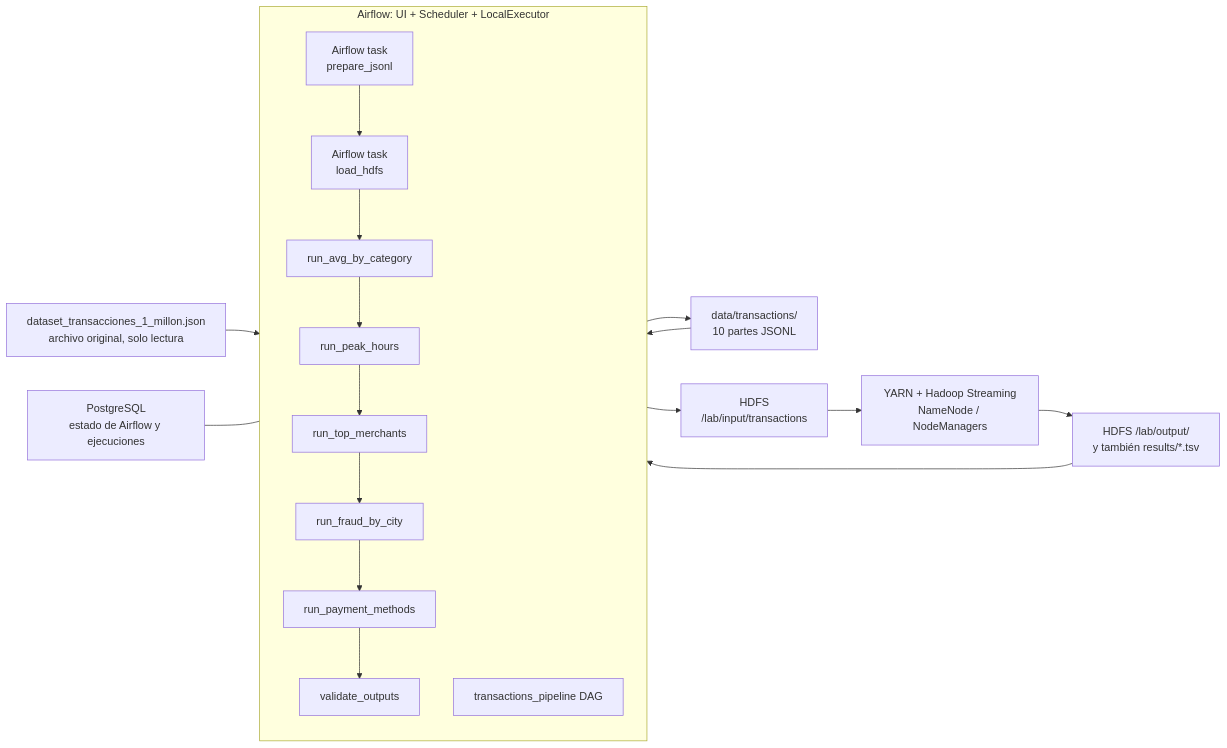
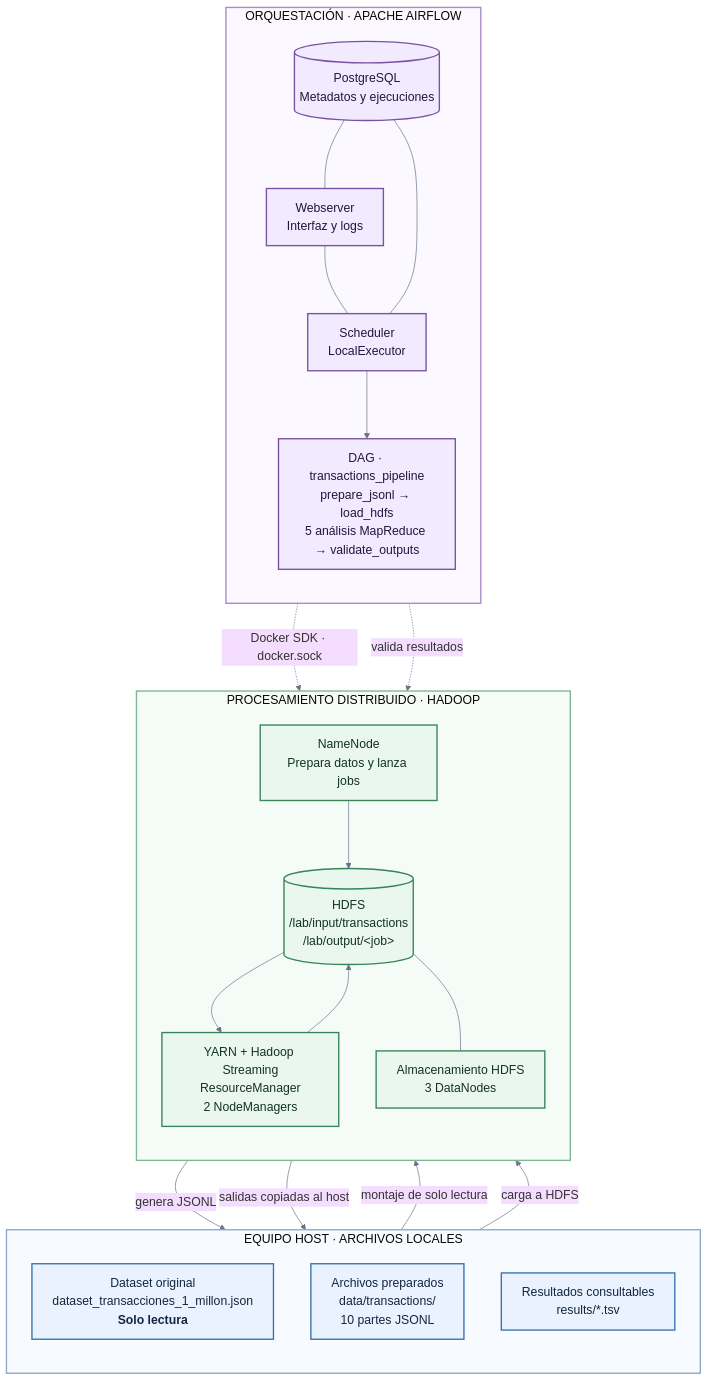
Before and after one commit to miguelherrerasantanilla800-wq/PROYECTO-HDFS-MAPREDUCE-LAB: the diagram in README.md, drawn with Mermaid. The commit also changed 1 other file, not shown here.

Commit message:
Mejora diagrama de arquitectura

````diff
--- a/README.md
+++ b/README.md
@@ -8,27 +8,51 @@
 ```mermaid
-flowchart LR
-    JSON["dataset_transacciones_1_millon.json<br/>archivo original, solo lectura"]
-    PREP["Airflow task<br/>prepare_jsonl"]
-    PARTS["data/transactions/<br/>10 partes JSONL"]
-    LOAD["Airflow task<br/>load_hdfs"]
-    HDFS["HDFS<br/>/lab/input/transactions"]
-    subgraph AIRFLOW["Airflow: UI + Scheduler + LocalExecutor"]
+%%{init: {"theme":"base","themeVariables":{"fontSize":"18px","fontFamily":"Arial","lineColor":"#64748b"},"flowchart":{"htmlLabels":true,"nodeSpacing":55,"rankSpacing":75,"curve":"basis"}}}%%
+flowchart TB
+    subgraph HOST["EQUIPO HOST · ARCHIVOS LOCALES"]
         direction TB
-        DAG["transactions_pipeline DAG"]
-        PREP --> LOAD
-        LOAD --> J1["run_avg_by_category"]
-        J1 --> J2["run_peak_hours"]
-        J2 --> J3["run_top_merchants"]
-        J3 --> J4["run_fraud_by_city"]
-        J4 --> J5["run_payment_methods"]
-        J5 --> VALID["validate_outputs"]
+        JSON["Dataset original<br/>dataset_transacciones_1_millon.json<br/><b>Solo lectura</b>"]
+        PARTS["Archivos preparados<br/>data/transactions/<br/>10 partes JSONL"]
+        TSV["Resultados consultables<br/>results/*.tsv"]
     end
-    JSON --> PREP
-    PREP --> PARTS
-    PARTS --> LOAD
-    LOAD --> HDFS
-    HDFS --> JOBS["YARN + Hadoop Streaming<br/>NameNode / NodeManagers"]
-    JOBS --> RESULTS["HDFS /lab/output/<job><br/>y también results/*.tsv"]
-    RESULTS --> VALID
-    META["PostgreSQL<br/>estado de Airflow y ejecuciones"] --- AIRFLOW
+
+    subgraph AIRFLOW["ORQUESTACIÓN · APACHE AIRFLOW"]
+        direction TB
+        UI["Webserver<br/>Interfaz y logs"]
+        SCHED["Scheduler<br/>LocalExecutor"]
+        DAG["DAG · transactions_pipeline<br/>prepare_jsonl → load_hdfs<br/>5 análisis MapReduce → validate_outputs"]
+        META[("PostgreSQL<br/>Metadatos y ejecuciones")]
+        UI --- SCHED
+        SCHED --> DAG
+        META --- UI
+        META --- SCHED
+    end
+
+    subgraph HADOOP["PROCESAMIENTO DISTRIBUIDO · HADOOP"]
+        direction TB
+        NN["NameNode<br/>Prepara datos y lanza jobs"]
+        HDFS[("HDFS<br/>/lab/input/transactions<br/>/lab/output/&lt;job&gt;")]
+        YARN["YARN + Hadoop Streaming<br/>ResourceManager<br/>2 NodeManagers"]
+        DN["Almacenamiento HDFS<br/>3 DataNodes"]
+        NN --> HDFS
+        HDFS --> YARN
+        YARN --> HDFS
+        HDFS --- DN
+    end
+
+    JSON -->|"montaje de solo lectura"| NN
+    DAG -. "Docker SDK · docker.sock" .-> NN
+    NN -->|"genera JSONL"| PARTS
+    PARTS -->|"carga a HDFS"| HDFS
+    HDFS -->|"salidas copiadas al host"| TSV
+    DAG -. "valida resultados" .-> NN
+
+    classDef data fill:#eaf2ff,stroke:#3973ac,stroke-width:2px,color:#14263d
+    classDef orchestration fill:#f2eaff,stroke:#7952a3,stroke-width:2px,color:#26153d
+    classDef compute fill:#e9f7ef,stroke:#37845a,stroke-width:2px,color:#153321
+    class JSON,PARTS,TSV data
+    class UI,SCHED,DAG,META orchestration
+    class NN,HDFS,YARN,DN compute
+    style HOST fill:#f7faff,stroke:#8ba9ca,stroke-width:2px
+    style AIRFLOW fill:#fbf8ff,stroke:#a78ac7,stroke-width:2px
+    style HADOOP fill:#f5fbf7,stroke:#80b596,stroke-width:2px
 ```
````
